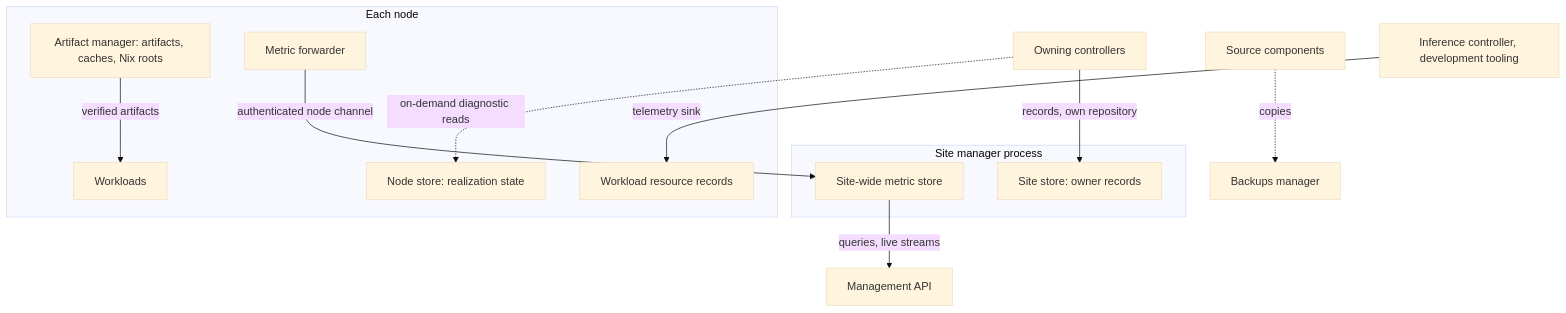
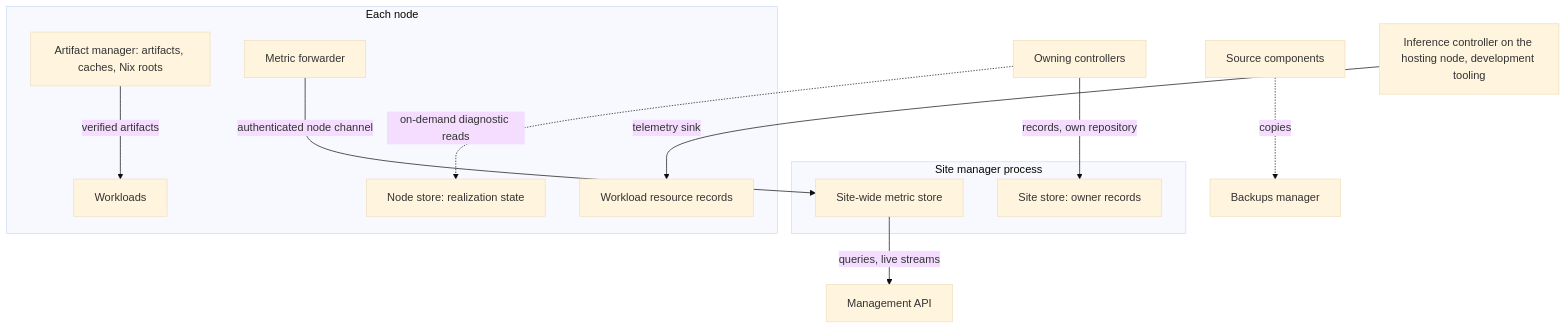
Before and after one commit to dotcoreai/dotcore: the first of 4 diagrams in docs/specs/storage.md, drawn with Mermaid (base theme). The commit also changed other lines of this file and 1 other file, not shown here.

````diff
--- a/docs/specs/storage.md
+++ b/docs/specs/storage.md
@@ -31,23 +27,23 @@
 ```mermaid
 flowchart TB
   CTRL["Owning controllers"]
   API["Management API"]
   subgraph Manager["Site manager process"]
     SS["Site store: owner records"]
     MS["Site-wide metric store"]
   end
   subgraph Node["Each node"]
     AM["Artifact manager: artifacts, caches, Nix roots"]
     NS["Node store: realization state"]
     FW["Metric forwarder"]
     TS["Workload resource records"]
     W["Workloads"]
   end
   SRC["Source components"] -.->|"copies"| BK["Backups manager"]
   CTRL -->|"records, own repository"| SS
   CTRL -.->|"on-demand diagnostic reads"| NS
   AM -->|"verified artifacts"| W
   FW -->|"authenticated node channel"| MS
   MS -->|"queries, live streams"| API
-  IC["Inference controller, development tooling"] -->|"telemetry sink"| TS
+  IC["Inference controller on the hosting node, development tooling"] -->|"telemetry sink"| TS
 ```
````
